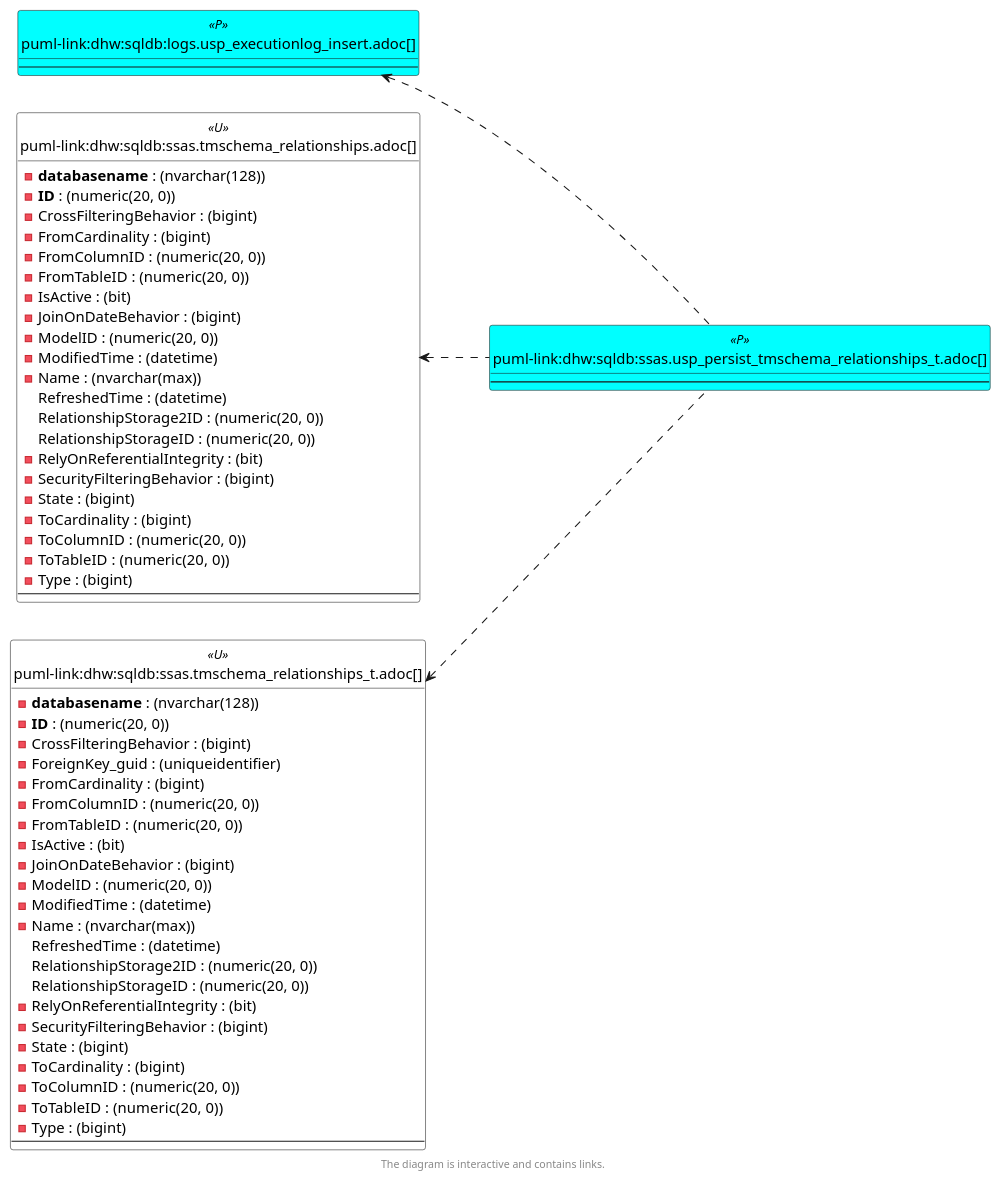
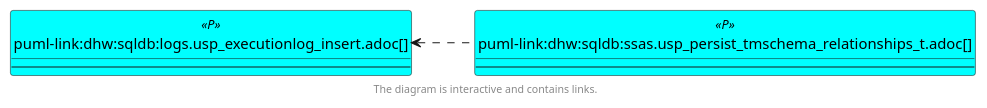
Before and after one commit to DataHandwerk/dhw-antora-sqldb: the sixth of 6 diagrams in docs/modules/sqldb/partials/content/ssas.usp_persist_tmschema_relationships_t.adoc, drawn with PlantUML. The commit also changed other lines of this file and 751 other files, not shown here.

```diff
--- a/docs/modules/sqldb/partials/content/ssas.usp_persist_tmschema_relationships_t.adoc
+++ b/docs/modules/sqldb/partials/content/ssas.usp_persist_tmschema_relationships_t.adoc
@@ -897,64 +863,11 @@
   --
 }
 
-entity "puml-link:dhw:sqldb:ssas.tmschema_relationships.adoc[]" as ssas.TMSCHEMA_RELATIONSHIPS << U >> {
-  - **databasename** : (nvarchar(128))
-  - **ID** : (numeric(20, 0))
-  - CrossFilteringBehavior : (bigint)
-  - FromCardinality : (bigint)
-  - FromColumnID : (numeric(20, 0))
-  - FromTableID : (numeric(20, 0))
-  - IsActive : (bit)
-  - JoinOnDateBehavior : (bigint)
-  - ModelID : (numeric(20, 0))
-  - ModifiedTime : (datetime)
-  - Name : (nvarchar(max))
-  RefreshedTime : (datetime)
-  RelationshipStorage2ID : (numeric(20, 0))
-  RelationshipStorageID : (numeric(20, 0))
-  - RelyOnReferentialIntegrity : (bit)
-  - SecurityFilteringBehavior : (bigint)
-  - State : (bigint)
-  - ToCardinality : (bigint)
-  - ToColumnID : (numeric(20, 0))
-  - ToTableID : (numeric(20, 0))
-  - Type : (bigint)
-  --
-}
-
-entity "puml-link:dhw:sqldb:ssas.tmschema_relationships_t.adoc[]" as ssas.TMSCHEMA_RELATIONSHIPS_T << U >> {
-  - **databasename** : (nvarchar(128))
-  - **ID** : (numeric(20, 0))
-  - CrossFilteringBehavior : (bigint)
-  - ForeignKey_guid : (uniqueidentifier)
-  - FromCardinality : (bigint)
-  - FromColumnID : (numeric(20, 0))
-  - FromTableID : (numeric(20, 0))
-  - IsActive : (bit)
-  - JoinOnDateBehavior : (bigint)
-  - ModelID : (numeric(20, 0))
-  - ModifiedTime : (datetime)
-  - Name : (nvarchar(max))
-  RefreshedTime : (datetime)
-  RelationshipStorage2ID : (numeric(20, 0))
-  RelationshipStorageID : (numeric(20, 0))
-  - RelyOnReferentialIntegrity : (bit)
-  - SecurityFilteringBehavior : (bigint)
-  - State : (bigint)
-  - ToCardinality : (bigint)
-  - ToColumnID : (numeric(20, 0))
-  - ToTableID : (numeric(20, 0))
-  - Type : (bigint)
-  --
-}
-
 entity "puml-link:dhw:sqldb:ssas.usp_persist_tmschema_relationships_t.adoc[]" as ssas.usp_PERSIST_TMSCHEMA_RELATIONSHIPS_T << P >> {
   --
 }
 
 logs.usp_ExecutionLog_insert <.. ssas.usp_PERSIST_TMSCHEMA_RELATIONSHIPS_T
-ssas.TMSCHEMA_RELATIONSHIPS <.. ssas.usp_PERSIST_TMSCHEMA_RELATIONSHIPS_T
-ssas.TMSCHEMA_RELATIONSHIPS_T <.. ssas.usp_PERSIST_TMSCHEMA_RELATIONSHIPS_T
 
 
 footer The diagram is interactive and contains links.
```
